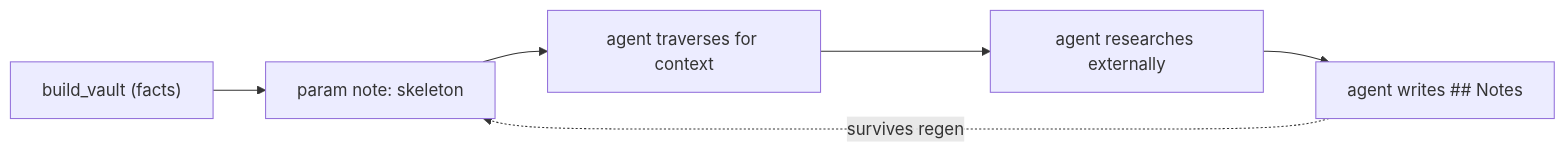
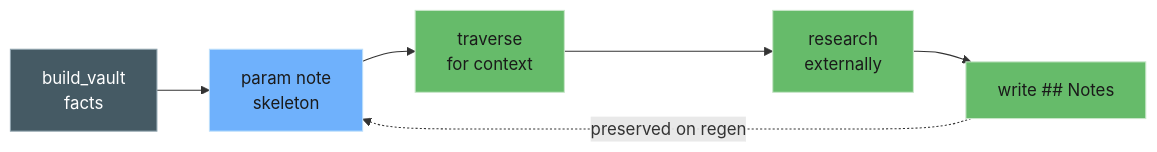
The second of 2 diagrams in docs/walkthroughs.md (aaronsb/bios-tuning), drawn with Mermaid before and after one commit. The commit also changed other lines of this file and 3 other files, not shown here.

First line of the commit message:
Split walkthroughs into per-scenario docs; styled Mermaid; connect to intended change

````diff
--- a/docs/walkthroughs.md
+++ b/docs/walkthroughs.md
@@ -138,8 +49,11 @@
 ```mermaid
 flowchart LR
-  G["build_vault (facts)"] --> N["param note: skeleton"]
-  N --> T["agent traverses for context"]
-  T --> R["agent researches externally"]
-  R --> E["agent writes ## Notes"]
-  E -.->|survives regen| N
+  G["build_vault<br/>facts"]:::gen --> N["param note<br/>skeleton"]:::note
+  N --> T["traverse<br/>for context"]:::act
+  T --> R["research<br/>externally"]:::act
+  R --> E["write ## Notes"]:::act
+  E -.->|preserved on regen| N
+  classDef gen fill:#455A64,stroke:#90A4AE,color:#ffffff
+  classDef note fill:#6FB1FC,stroke:#BBDEFB,color:#1A1A1A
+  classDef act fill:#66BB6A,stroke:#C8E6C9,color:#1A1A1A
 ```
````
